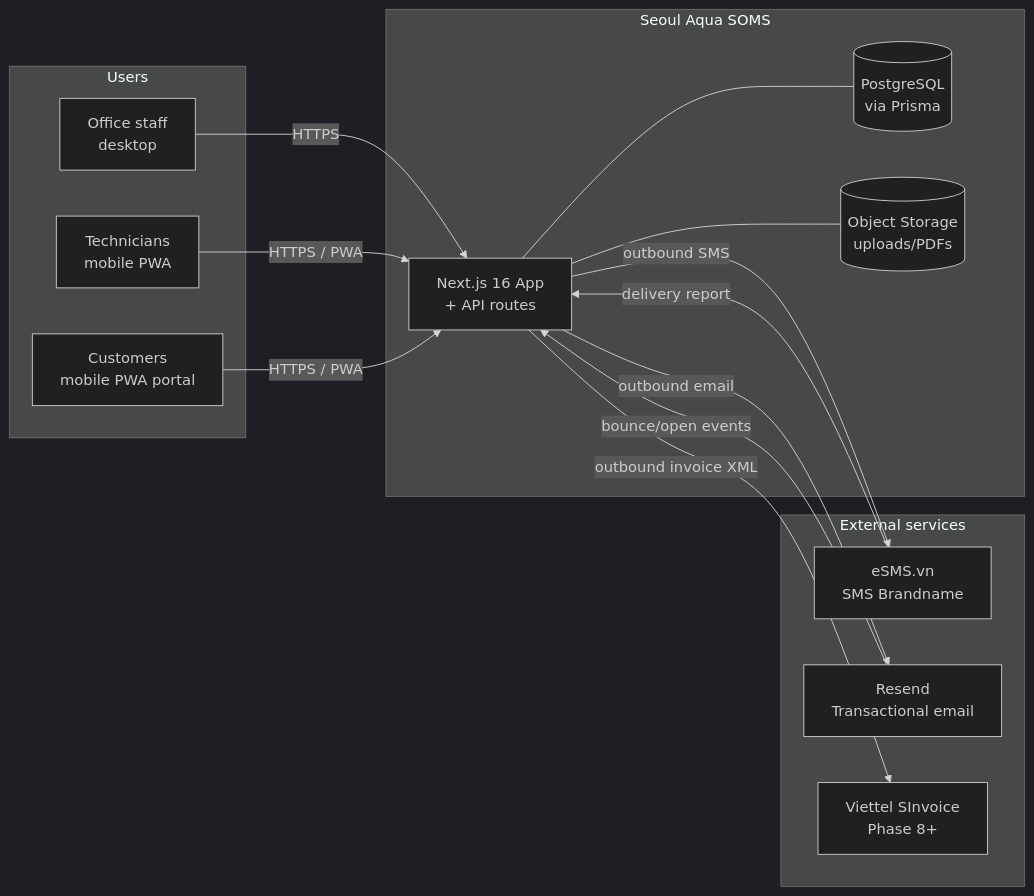
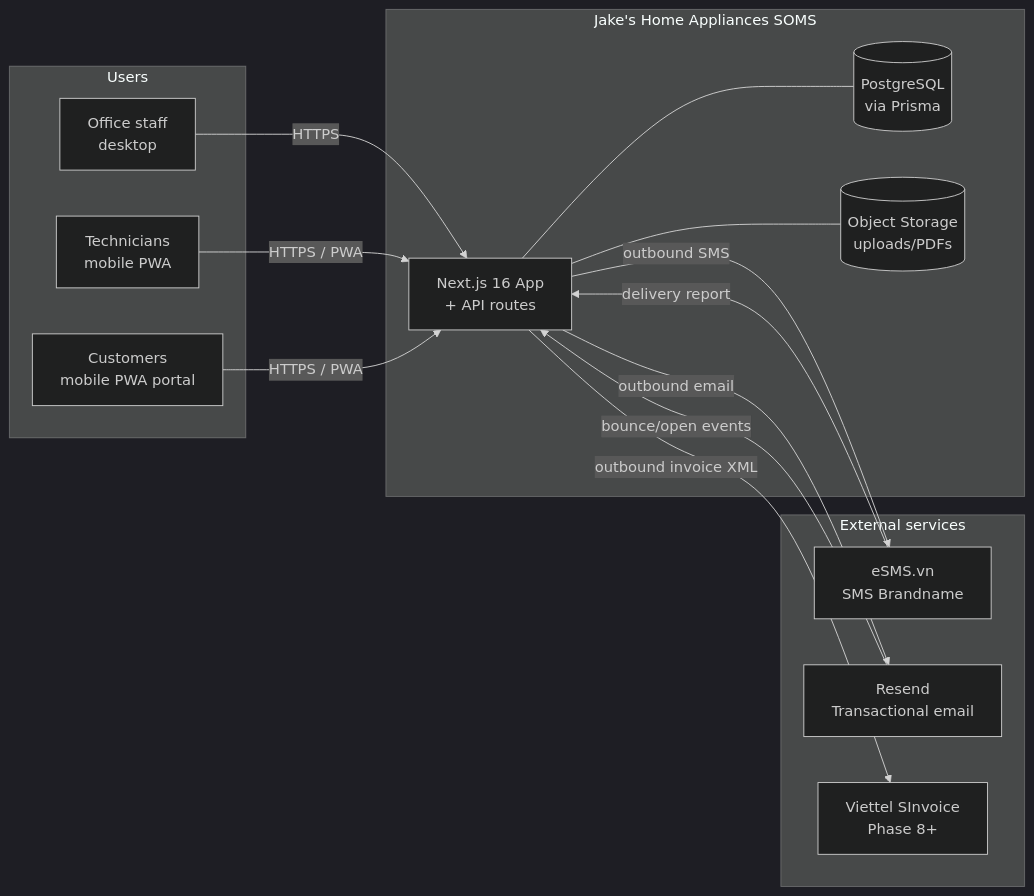
One commit to JoJakeTaemoon/jakes-home-appliances-soms changed the second of 16 diagrams in docs/PRD.md. Above: the diagram before and after it, drawn with Mermaid (dark theme). The commit also changed other lines of this file and 94 other files, not shown here.

````diff
--- a/docs/PRD.md
+++ b/docs/PRD.md
@@ -156,29 +156,29 @@
 ```mermaid
 graph LR
     subgraph users[Users]
         OS[Office staff<br/>desktop]
         T[Technicians<br/>mobile PWA]
         C[Customers<br/>mobile PWA portal]
     end
-    subgraph soms[Seoul Aqua SOMS]
+    subgraph soms[Jake's Home Appliances SOMS]
         APP[Next.js 16 App<br/>+ API routes]
         DB[(PostgreSQL<br/>via Prisma)]
         OBJ[(Object Storage<br/>uploads/PDFs)]
         APP --- DB
         APP --- OBJ
     end
     subgraph external[External services]
         SMS[eSMS.vn<br/>SMS Brandname]
         MAIL[Resend<br/>Transactional email]
         SI[Viettel SInvoice<br/>Phase 8+]
     end
 
     OS -->|HTTPS| APP
     T -->|HTTPS / PWA| APP
     C -->|HTTPS / PWA| APP
     APP -->|outbound SMS| SMS
     APP -->|outbound email| MAIL
     APP -->|outbound invoice XML| SI
     SMS -->|delivery report| APP
     MAIL -->|bounce/open events| APP
 ```
````
